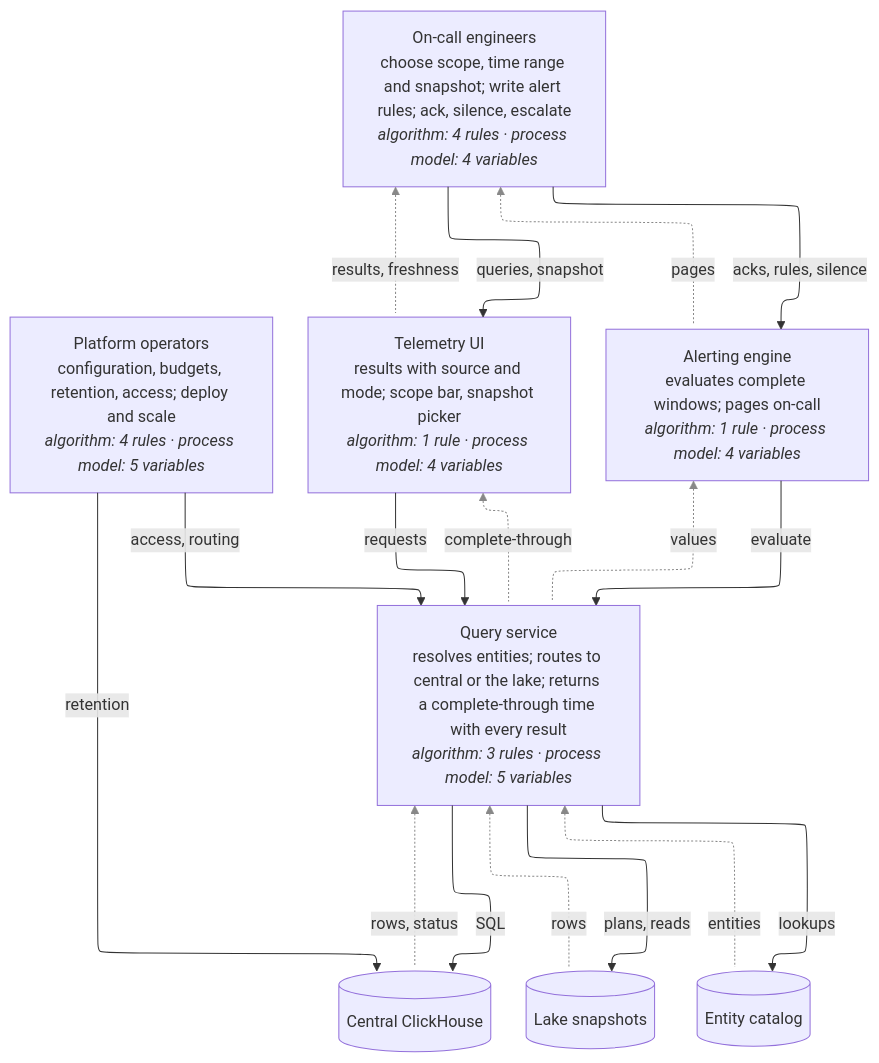
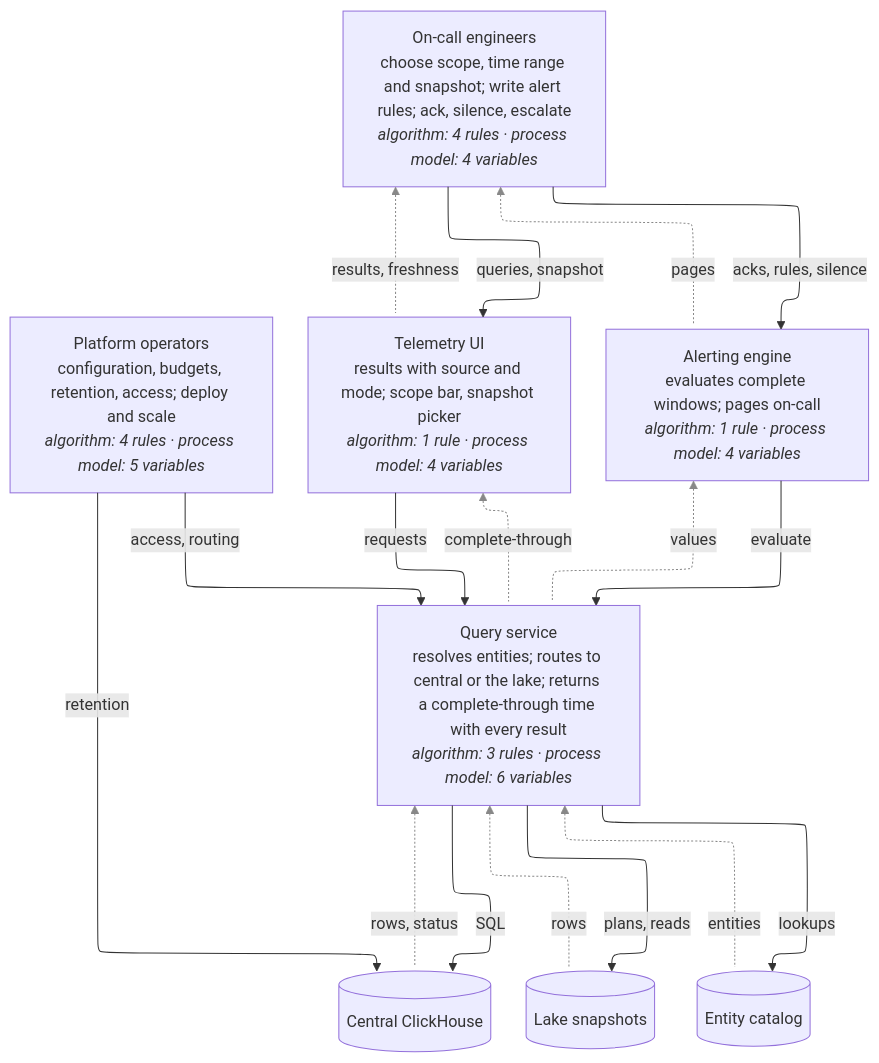
The diagram in otel-chdb/stpa/generated/control-structure-b.mmd (casselc/observability), drawn with Mermaid before and after one commit. The commit also changed 31 other files, not shown here.

```diff
--- a/otel-chdb/stpa/generated/control-structure-b.mmd
+++ b/otel-chdb/stpa/generated/control-structure-b.mmd
@@ -1,32 +1,32 @@
 ---
 config:
   layout: elk
 ---
 flowchart TB
   %% Generated by otel-chdb/stpa/tools from the records (view view-54fc98: control-structure-b). Do not edit.
   n71fede["Platform operators<br/>configuration, budgets, retention, access; deploy and scale<br/><i>algorithm: 4 rules · process model: 5 variables</i>"]
   nc6c2a0["On-call engineers<br/>choose scope, time range and snapshot; write alert rules; ack, silence, escalate<br/><i>algorithm: 4 rules · process model: 4 variables</i>"]
   n0e2f45["Telemetry UI<br/>results with source and mode; scope bar, snapshot picker<br/><i>algorithm: 1 rule · process model: 4 variables</i>"]
   nec2f3e["Alerting engine<br/>evaluates complete windows; pages on-call<br/><i>algorithm: 1 rule · process model: 4 variables</i>"]
-  n2f943e["Query service<br/>resolves entities; routes to central or the lake; returns a complete-through time with every result<br/><i>algorithm: 3 rules · process model: 5 variables</i>"]
+  n2f943e["Query service<br/>resolves entities; routes to central or the lake; returns a complete-through time with every result<br/><i>algorithm: 3 rules · process model: 6 variables</i>"]
   ned00c7[("Central ClickHouse")]
   nb29392[("Lake snapshots")]
   nce1c77[("Entity catalog")]
   n71fede -->|access, routing| n2f943e
   n71fede -->|retention| ned00c7
   n2f943e -->|SQL| ned00c7
   n2f943e fb1@<-.->|rows, status| ned00c7
   n2f943e -->|plans, reads| nb29392
   n2f943e fb2@<-.->|rows| nb29392
   n2f943e -->|lookups| nce1c77
   n2f943e fb3@<-.->|entities| nce1c77
   nc6c2a0 -->|queries, snapshot| n0e2f45
   nc6c2a0 fb4@<-.->|results, freshness| n0e2f45
   nc6c2a0 -->|acks, rules, silence| nec2f3e
   nc6c2a0 fb5@<-.->|pages| nec2f3e
   n0e2f45 -->|requests| n2f943e
   n0e2f45 fb6@<-.->|complete-through| n2f943e
   nec2f3e -->|evaluate| n2f943e
   nec2f3e fb7@<-.->|values| n2f943e
   classDef fb stroke:#888,marker-end:none
   class fb1,fb2,fb3,fb4,fb5,fb6,fb7 fb
```
